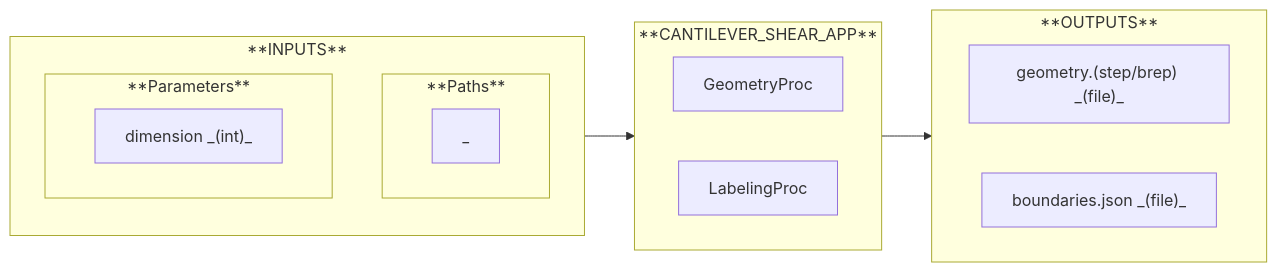
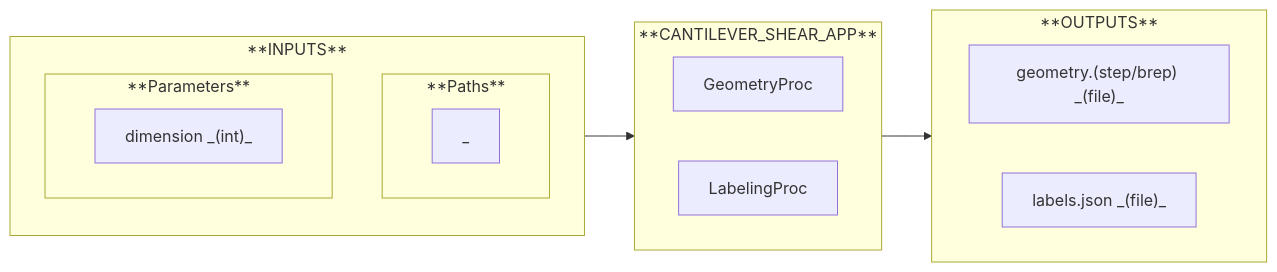
Before and after one commit to nuremics/nuremics-docs: the second of 4 diagrams in docs/use-cases/cms/cantilever-shear/materials-and-methods.md, drawn with Mermaid. The commit also changed other lines of this file and 3 other files, not shown here.

````diff
--- a/docs/use-cases/cms/cantilever-shear/materials-and-methods.md
+++ b/docs/use-cases/cms/cantilever-shear/materials-and-methods.md
@@ -30,31 +30,31 @@
 ```mermaid
 flowchart LR
   subgraph **INPUTS**
     direction TB
 
     subgraph **Paths**
       direction LR
       path["_"]
     end
 
     subgraph **Parameters**
       direction LR
       param1["dimension _(int)_"]
     end
   end
 
   subgraph **CANTILEVER_SHEAR_APP**
     direction RL
     proc1["GeometryProc"]
     proc2["LabelingProc"]
   end
 
   subgraph **OUTPUTS**
     direction RL
     out1["geometry.(step/brep) _(file)_"]
-    out2["boundaries.json _(file)_"]
+    out2["labels.json _(file)_"]
   end
 
   **INPUTS** --> **CANTILEVER_SHEAR_APP**
   **CANTILEVER_SHEAR_APP** --> **OUTPUTS**
 ```
````
